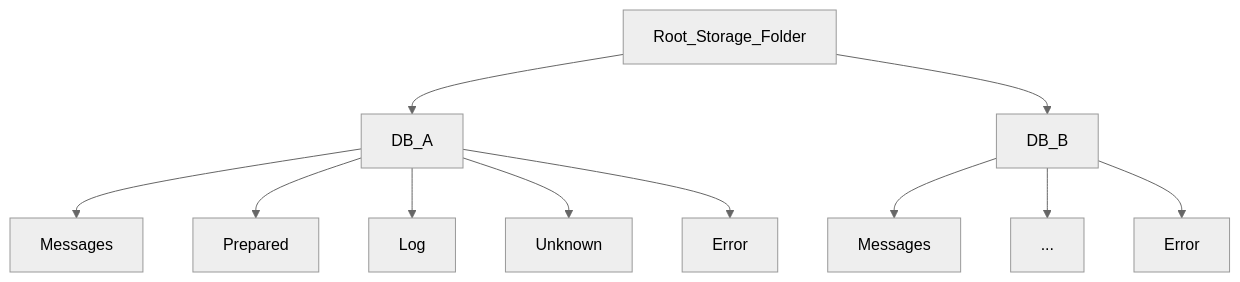
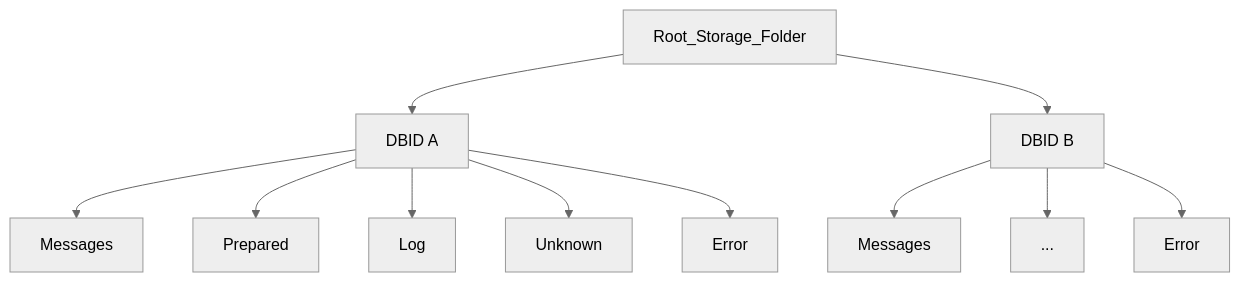
One commit to stasgm/gdmn-mob changed the second of 3 diagrams in docs/network-logic/robust-protocol.md. Above: the diagram before and after it, drawn with Mermaid (neutral theme). The commit also changed other lines of this file, not shown here.

````diff
--- a/docs/network-logic/robust-protocol.md
+++ b/docs/network-logic/robust-protocol.md
@@ -45,13 +51,13 @@
 ```mermaid
   flowchart TD;
-      Root_Storage_Folder-->DB_A;
-      Root_Storage_Folder-->DB_B;
+      Root_Storage_Folder-->DB_A[DBID A];
+      Root_Storage_Folder-->DB_B[DBID B];
       DB_A-->Messages_A[Messages];
       DB_A-->Prepared_A[Prepared];
       DB_A-->Log_A[Log];
       DB_A-->Unknown_A[Unknown];
       DB_A-->Error_A[Error];
       DB_B-->Messages_B[Messages];
       DB_B-->Elipsis_B[...];
       DB_B-->Error_B[Error];
 ```
````
